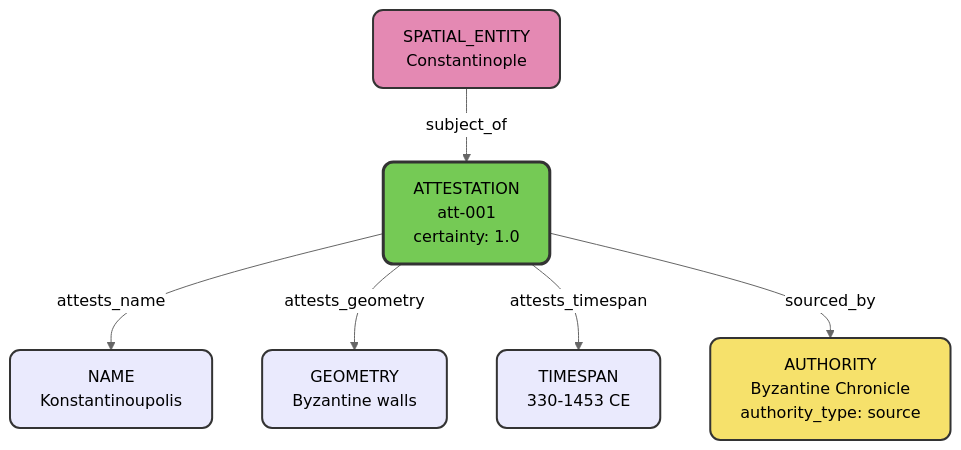
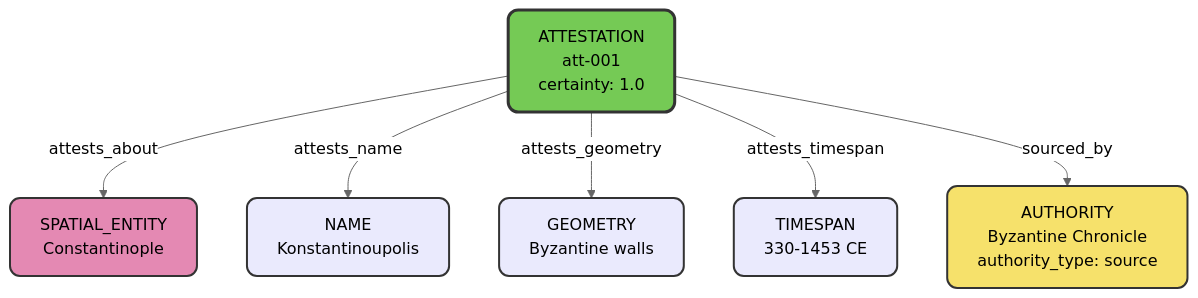
Before and after one commit to WorldHistoricalGazetteer/documentation: the diagram in content/v4/data-model/introduction.md, drawn with Mermaid (neutral theme). The commit also changed other lines of this file and 13 other files, not shown here.

````diff
--- a/content/v4/data-model/introduction.md
+++ b/content/v4/data-model/introduction.md
@@ -24,22 +24,22 @@
 ```{mermaid}
 graph TD
     T[SPATIAL_ENTITY<br/>Constantinople]
     N[NAME<br/>Konstantinoupolis]
     G[GEOMETRY<br/>Byzantine walls]
     TS[TIMESPAN<br/>330-1453 CE]
     AUTH[AUTHORITY<br/>Byzantine Chronicle<br/>authority_type: source]
     A[ATTESTATION<br/>att-001<br/>certainty: 1.0]
     
-    T -->|subject_of| A
+    A -->|attests_about| T
     A -->|attests_name| N
     A -->|attests_geometry| G
     A -->|attests_timespan| TS
     A -->|sourced_by| AUTH
     
     style A fill:#75ca55,stroke:#333,stroke-width:3px,rx:10,ry:10
     style T fill:#e489b3,stroke:#333,stroke-width:2px,rx:10,ry:10
     style N fill:#eaeafd,stroke:#333,stroke-width:2px,rx:10,ry:10
     style G fill:#eaeafd,stroke:#333,stroke-width:2px,rx:10,ry:10
     style TS fill:#eaeafd,stroke:#333,stroke-width:2px,rx:10,ry:10
     style AUTH fill:#f6e16b,stroke:#333,stroke-width:2px,rx:10,ry:10
 ```
````
